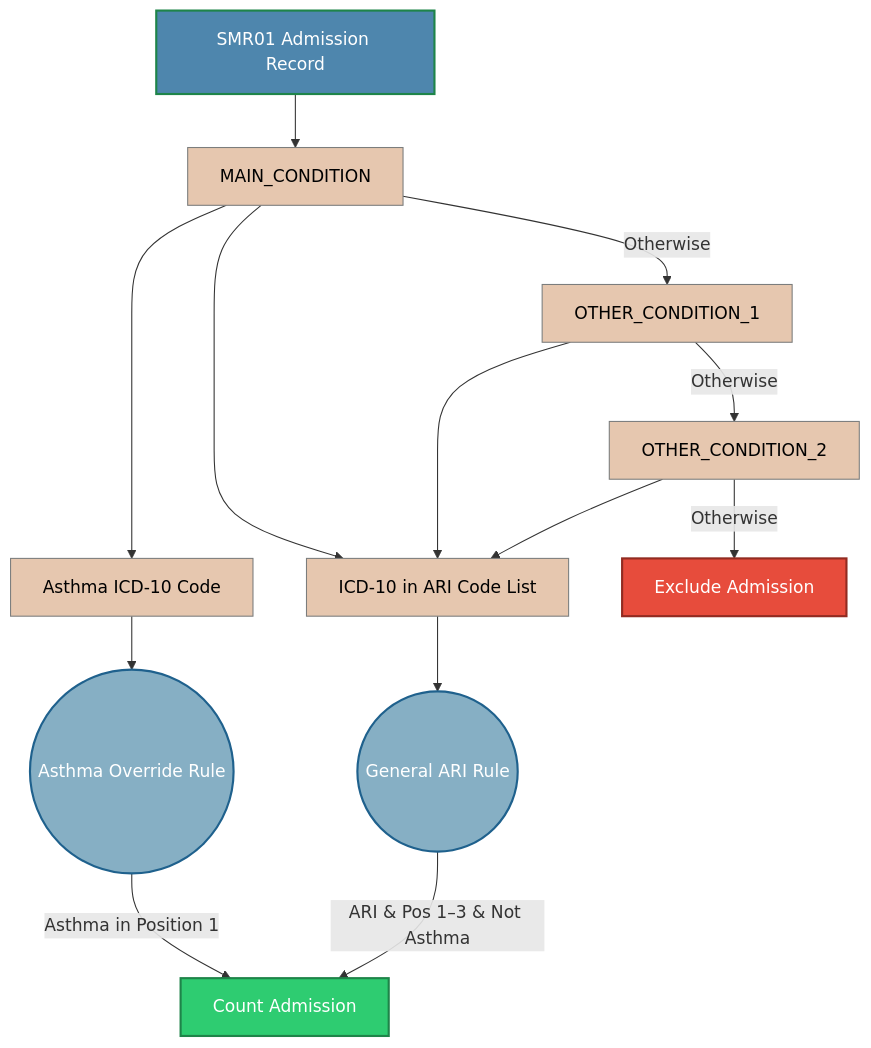
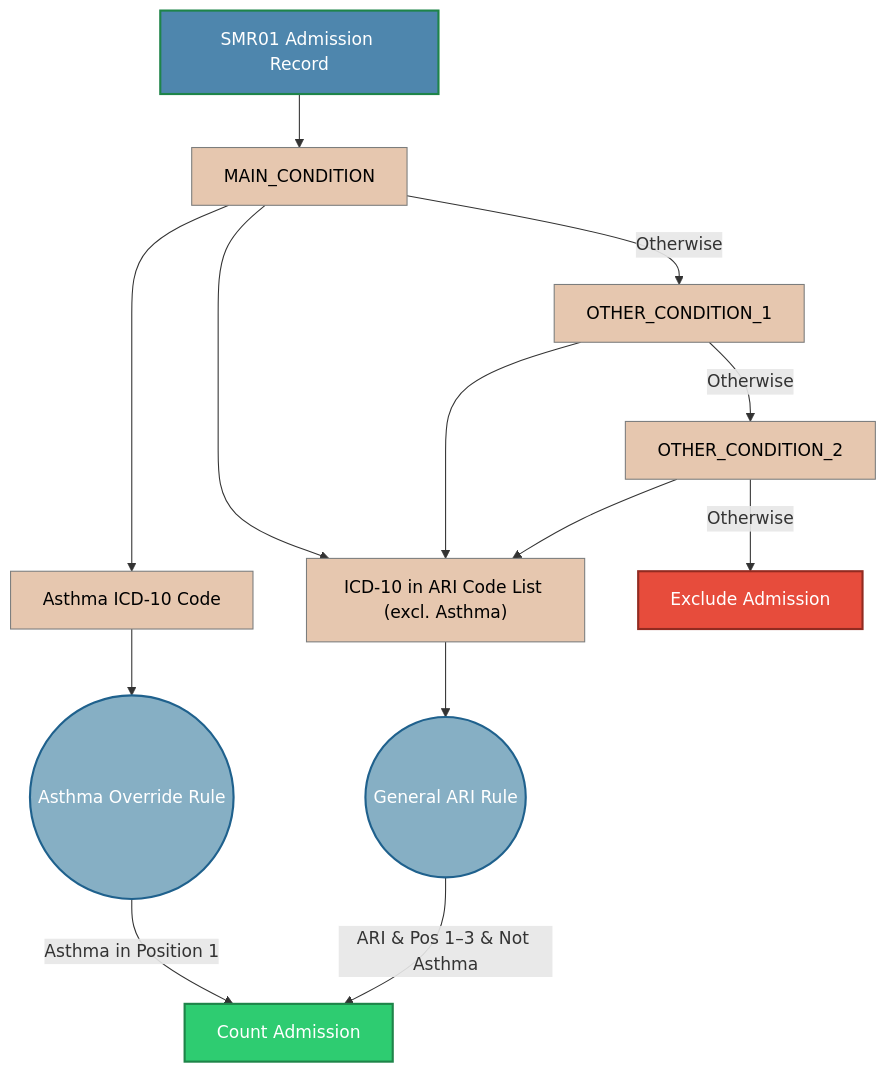
Before and after one commit to HomesHeatAndHealthyKids/DataLochAnalysis: the first of 3 diagrams in arI_category.md, drawn with Mermaid.

Commit message:
Added  "excluding asthma" to node description

````diff
--- a/arI_category.md
+++ b/arI_category.md
@@ -44,72 +44,72 @@
 ```mermaid
 flowchart TB
 
     %% =========================
     %% Observed Variables
     %% =========================
     SMR_rec[SMR01 Admission Record]
-    ICD_10_non_asthma[ICD-10 in ARI Code List]
+    ICD_10_non_asthma["ICD-10 in ARI Code List (excl. Asthma)"]
     Diag_pos_1[MAIN_CONDITION]
     Diag_pos_2[OTHER_CONDITION_1]
     Diag_pos_3[OTHER_CONDITION_2]
     ICD10_asthma[Asthma ICD-10 Code]
 
     %% =========================
     %% Rule Nodes (Deterministic)
     %% =========================
     R_ari((General ARI Rule))
     R_asthma((Asthma Override Rule))
 
     %% =========================
     %% Outcomes
     %% =========================
     Y[Count Admission]
     N[Exclude Admission]
 
     %% =========================
     %% Causal Structure
     %% =========================
 
     SMR_rec --> Diag_pos_1
 
     %% Asthma override pathway
     Diag_pos_1 --> ICD10_asthma
     ICD10_asthma --> R_asthma
 
     %% General ARI pathway
     Diag_pos_1 --> ICD_10_non_asthma
 
     %% Not First position
     Diag_pos_1 --> |Otherwise| Diag_pos_2
     Diag_pos_2 --> |Otherwise| Diag_pos_3
     Diag_pos_3 --> |Otherwise| N
 
     
     %% General ARI pathway
     ICD_10_non_asthma --> R_ari
     Diag_pos_2 --> ICD_10_non_asthma
     Diag_pos_3 --> ICD_10_non_asthma
 
 
     %% Override logic
     R_asthma -->|Asthma in Position 1| Y
 
     %% General rule applies only if not Asthma
     R_ari -->|ARI & Pos 1–3 & Not Asthma| Y
    
 
     %% =========================
     %% Styling
     %% =========================
     classDef record fill:#4E86AD,color:#ffffff,stroke:#1e8449,stroke-width:2px;
     classDef include fill:#2ecc71,color:#ffffff,stroke:#1e8449,stroke-width:2px;
     classDef exclude fill:#e74c3c,color:#ffffff,stroke:#922b21,stroke-width:2px;
     classDef rule fill:#86AFC4,color:#ffffff,stroke:#1f618d,stroke-width:2px;
     classDef data fill:#E6C7AF,color:#000000,stroke:#7b7d7d,stroke-width:1px;
 
     class Y include
     class N exclude
     class R_ari,R_asthma rule
     class ICD_10_non_asthma,Diag_pos_1,Diag_pos_2,Diag_pos_3,ICD10_asthma data
     class SMR_rec record
 ```
````
